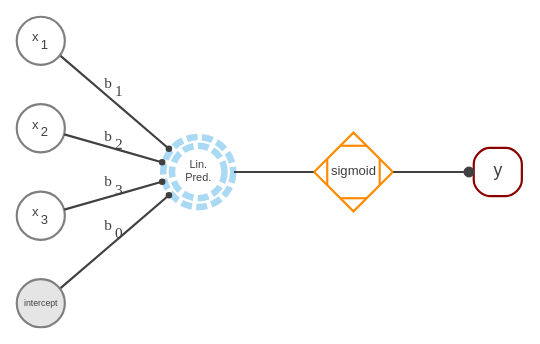
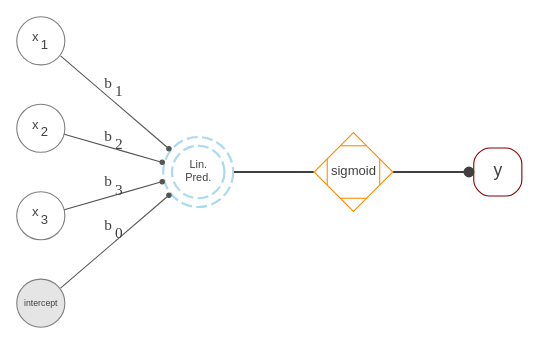
Before and after one commit to m-clark/book-of-models: the diagram in img/graphical_logistic.dot, drawn with Graphviz. The commit also changed 42 other files, not shown here.

```diff
--- a/img/graphical_logistic.dot
+++ b/img/graphical_logistic.dot
@@ -1,30 +1,27 @@
 digraph logreg {
     graph [rankdir = LR bgcolor=transparent]
 
     node [shape = square, fontcolor=gray25 color=gray80]
 
-    node [fontname="Helvetica" fontsize=6 fixedsize=true width=.3 shape=circle color=gray50]
+    node [fontname="Helvetica" fontsize=6 fixedsize=true width=.3 shape=circle color=gray50 penwidth=.5]
     x1 [label=<x<sub>1</sub>>]; x2 [label=<x<sub>2</sub>>]; x3 [label=<x<sub>3</sub>>]; 
 
     node [fillcolor=gray90 style=filled fixedsize=true width=.4]
-    lp [label = "Lin.\nPred." width=.33 color = "#56B4E980" shape=doublecircle style=dashed penwidth=3 fontsize = 5];
+    lp [label = "Lin.\nPred." width=.33 color = "#56B4E980" shape=doublecircle style=dashed penwidth=1 fontsize = 5];
     
     node [fillcolor=gray90 style=filled fixedsize=true width=.4]
     b0[label=intercept width=.3 fontsize=4];
 
-    // y [fixedsize=True fontsize =10 width=.3 color=darkred shape=square style=rounded];
+    edge [color=gray50 style=filled arrowsize=.5 fontsize = 5 fontcolor=gray25 penwidth=.5]
+    x1 -> lp [label=<b<sub>1</sub>> arrowhead="dot" arrowsize=0.25 minlen=1 fontsize=7 color=gray33]; 
+    x2 -> lp [label=<b<sub>2</sub>> arrowhead="dot" arrowsize=0.25 minlen=1 fontsize=7 color=gray33]; 
+    x3 -> lp [label=<b<sub>3</sub>> arrowhead="dot" arrowsize=0.25 minlen=1 fontsize=7 color=gray33];
+    b0 -> lp [label=<b<sub>0</sub>> arrowhead="dot" arrowsize=0.25 minlen=1 fontsize=7 color=gray33];
+    
+    lp -> activation[arrowhead="none" arrowsize=0.5 minlen=1 color=gray25 penwidth=1];
 
-    edge [color=gray50 style=filled arrowsize=.5 fontsize = 5 fontcolor=gray25]
-    x1 -> lp [label=<b<sub>1</sub>> arrowhead="dot" arrowsize=0.25 minlen=1 fontsize=7 color=gray25]; 
-    x2 -> lp [label=<b<sub>2</sub>> arrowhead="dot" arrowsize=0.25 minlen=1 fontsize=7 color=gray25]; 
-    x3 -> lp [label=<b<sub>3</sub>> arrowhead="dot" arrowsize=0.25 minlen=1 fontsize=7 color=gray25];
-    b0 -> lp [label=<b<sub>0</sub>> arrowhead="dot" arrowsize=0.25 minlen=1 fontsize=7 color=gray25];
-
-  activation [label="sigmoid" fixedsize=True fontsize =6 width=.5 color = "darkorange" fillcolor="white" shape=Mdiamond];
+    activation [label="sigmoid" fixedsize=True fontsize =6 width=.5 color = "darkorange" penwidth=.5 fillcolor="white" shape=Mdiamond];
+    activation -> output [label="" arrowhead="dot" arrowsize=0.5 minlen=1 color=gray25 penwidth=1];
   
-  lp -> activation [arrowhead="none" arrowsize=0.5 minlen=1 color=gray25];
-  
-  activation -> output [label="" arrowhead="dot" arrowsize=0.5 minlen=1 color=gray25];
-  
-  output [label="y" fixedsize=True fontsize =8 width=.3 color="darkred" shape=square style=rounded];
+    output [label="y" fixedsize=True fontsize =8 width=.3 color="darkred" shape=square style=rounded penwidth=.5];
 }
```
